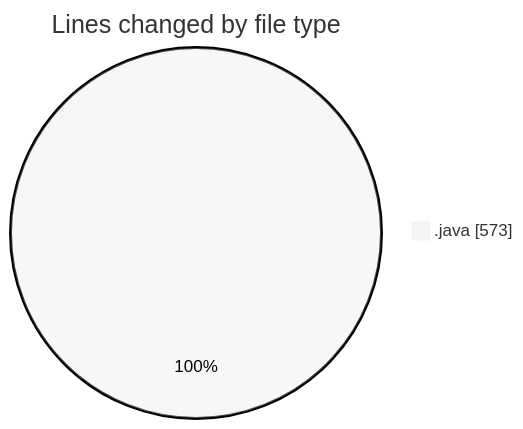
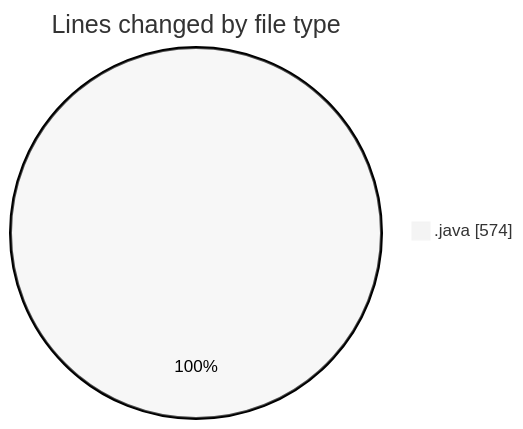
One commit to ricardozamudiocil/code-tracking changed the first of 2 diagrams in 2026-05-07/cilapp/README.md. Above: the diagram before and after it, drawn with Mermaid (neutral theme). The commit also changed other lines of this file and 1 other file, not shown here.

````diff
--- a/2026-05-07/cilapp/README.md
+++ b/2026-05-07/cilapp/README.md
@@ -20,5 +20,5 @@
 ```mermaid
 pie showData
 title Lines changed by file type
-".java" : 573
+".java" : 574
 ```
````
